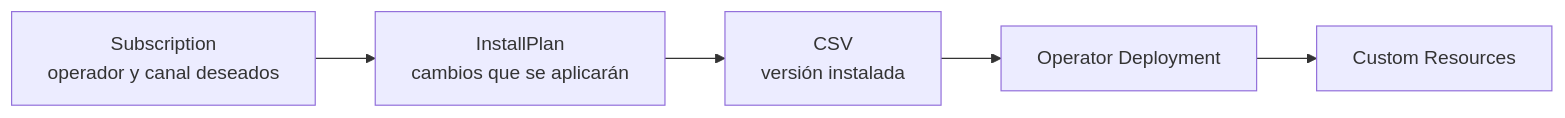
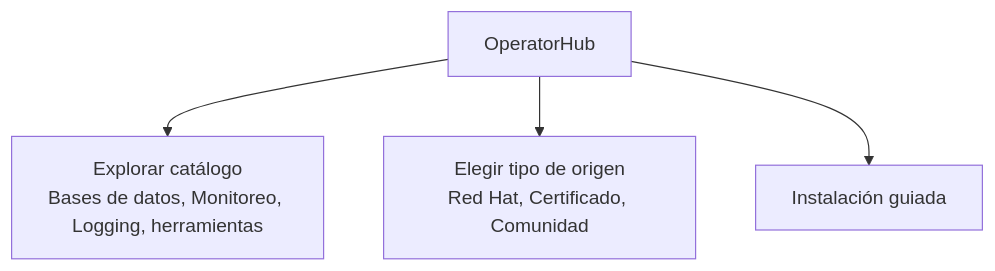
The third of 4 diagrams in docs/sesion3/3.7 Operadores.md (ieftraining/curso-openshift), drawn with Mermaid before and after one commit. The commit also changed other lines of this file, not shown here.

````diff
--- a/docs/sesion3/3.7 Operadores.md
+++ b/docs/sesion3/3.7 Operadores.md
@@ -141,7 +79,6 @@
 ```mermaid
-flowchart LR
-    A[Subscription<br/>operador y canal deseados] --> B[InstallPlan<br/>cambios que se aplicarán]
-    B --> C[CSV<br/>versión instalada]
-    C --> D[Operator Deployment]
-    D --> E[Custom Resources]
+flowchart TD
+    A[OperatorHub] --> B[Explorar catálogo<br>Bases de datos, Monitoreo, Logging, herramientas]
+    A --> C[Elegir tipo de origen<br>Red Hat, Certificado, Comunidad]
+    A --> D[Instalación guiada]
 ```
````
